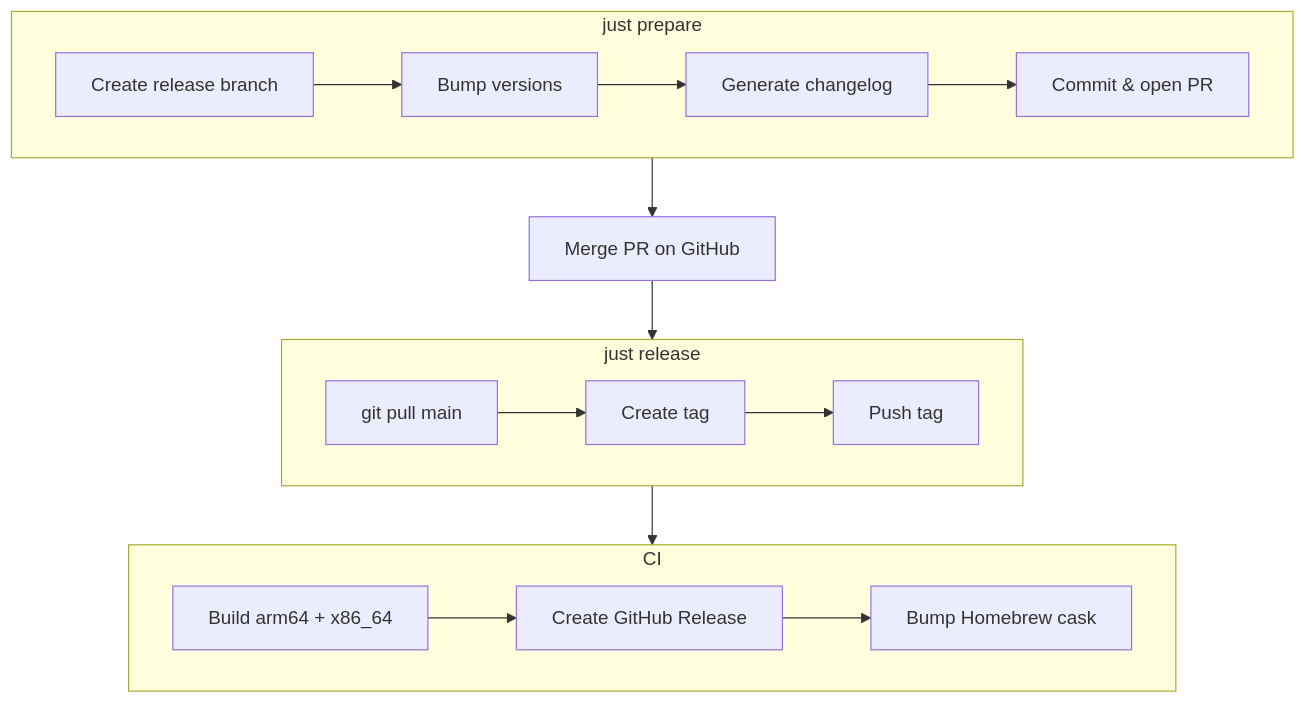
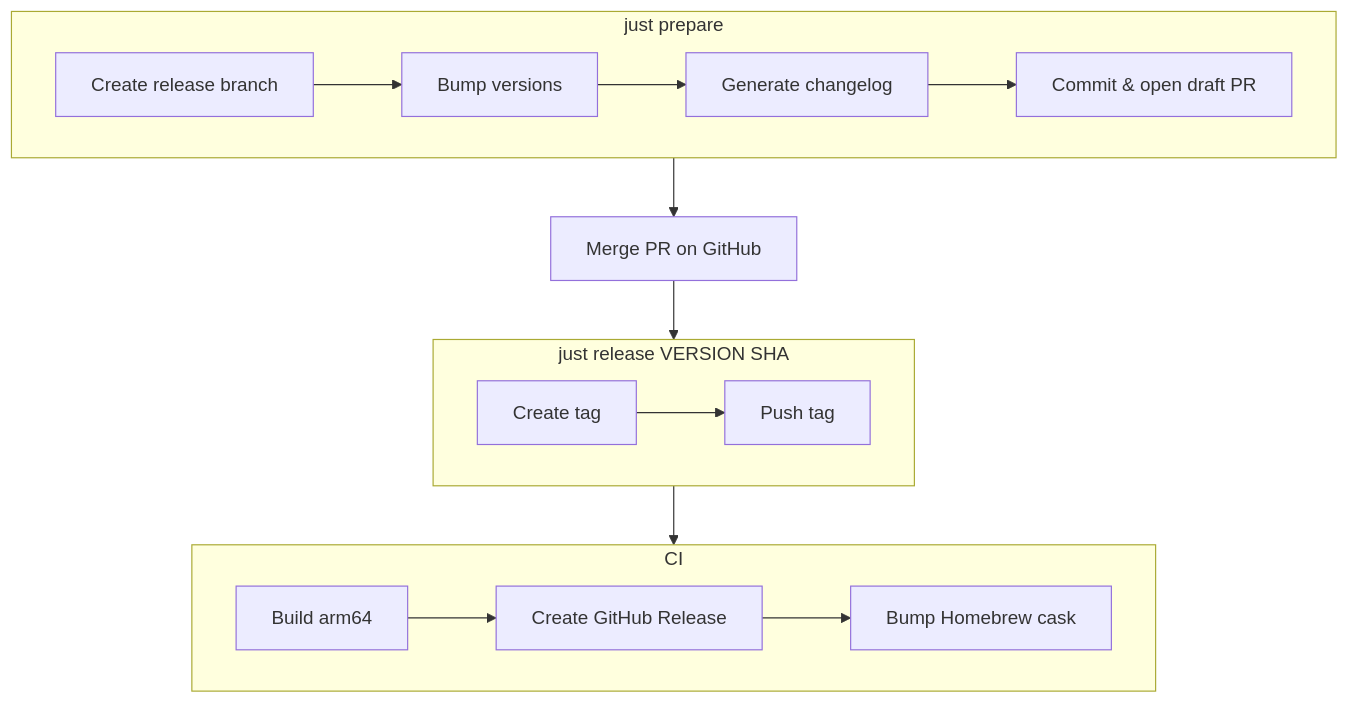
One commit to block/builderbot changed the diagram in apps/penpal/README.md. Above: the diagram before and after it, drawn with Mermaid. The commit also changed other lines of this file and 1 other file, not shown here.

First line of the commit message:
fix(penpal): simplify just release, open draft PR in prepare

````diff
--- a/apps/penpal/README.md
+++ b/apps/penpal/README.md
@@ -69,23 +68,23 @@
 ```mermaid
 flowchart TB
     subgraph prepare ["just prepare"]
         direction LR
-        A[Create release branch] --> B[Bump versions] --> C[Generate changelog] --> D[Commit & open PR]
+        A[Create release branch] --> B[Bump versions] --> C[Generate changelog] --> D[Commit & open draft PR]
     end
 
     prepare --> E[Merge PR on GitHub]
 
-    subgraph release ["just release"]
+    subgraph release ["just release VERSION SHA"]
         direction LR
-        F[git pull main] --> G[Create tag] --> H[Push tag]
+        F[Create tag] --> G[Push tag]
     end
 
     E --> release
 
     subgraph ci [CI]
         direction LR
-        I[Build arm64 + x86_64] --> J[Create GitHub Release] --> K[Bump Homebrew cask]
+        I[Build arm64] --> J[Create GitHub Release] --> K[Bump Homebrew cask]
     end
 
     release --> ci
 ```
````
